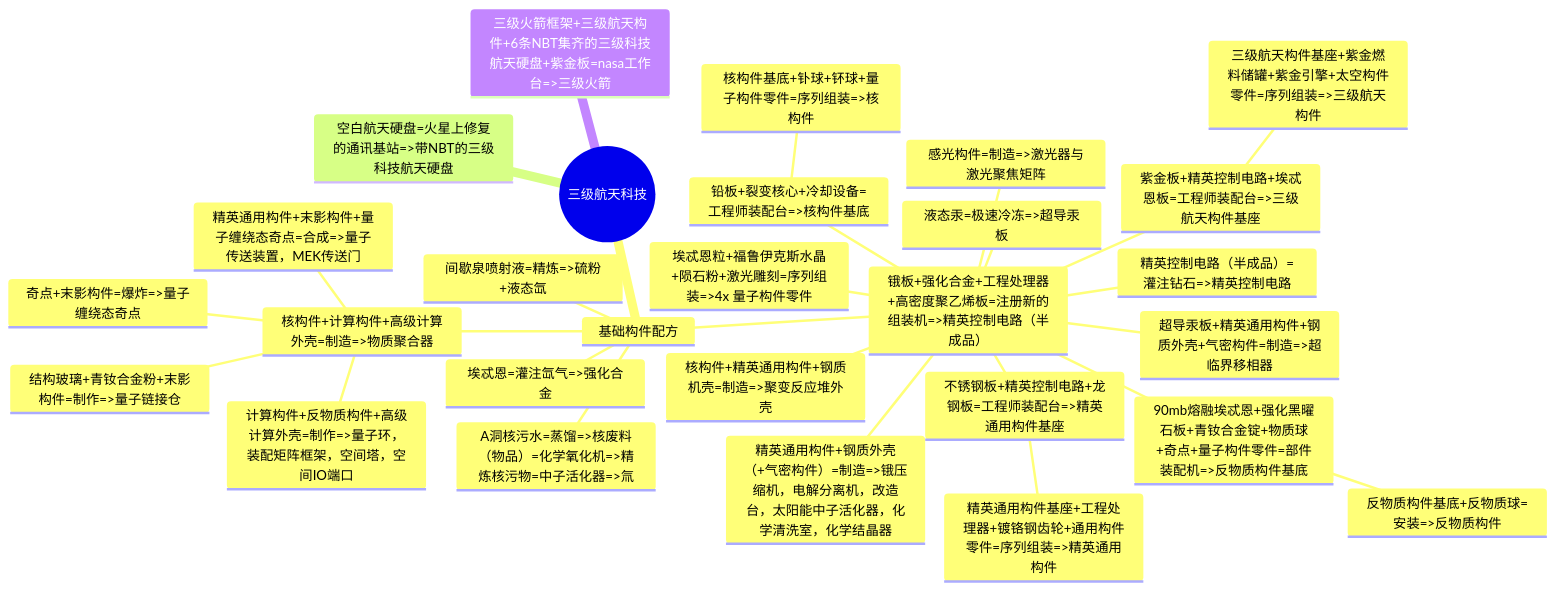
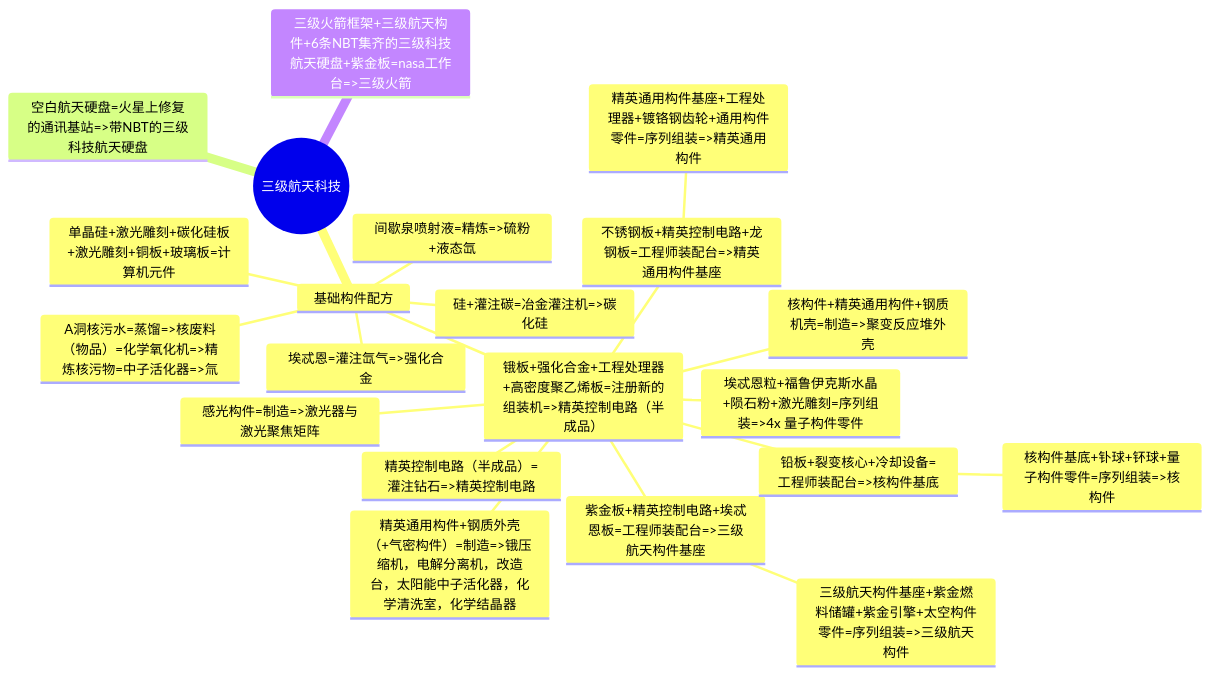
Before and after one commit to VechniMetel/CodeNameCIM2: the third of 4 diagrams in Developer/TechTreeMap.md, drawn with Mermaid.

Commit message:
还是不行，科技线还是要分散到四个阶段

````diff
--- a/Developer/TechTreeMap.md
+++ b/Developer/TechTreeMap.md
@@ -81,31 +81,24 @@
 ``` mermaid
 mindmap
     root((三级航天科技))
         基础构件配方
             间歇泉喷射液=精炼=>硫粉+液态氙
             埃忒恩=灌注氙气=>强化合金
+            硅+灌注碳=冶金灌注机=>碳化硅
+            单晶硅+激光雕刻+碳化硅板+激光雕刻+铜板+玻璃板=计算机元件
             锇板+强化合金+工程处理器+高密度聚乙烯板=注册新的组装机=>精英控制电路（半成品）
                 精英控制电路（半成品）=灌注钻石=>精英控制电路
                 紫金板+精英控制电路+埃忒恩板=工程师装配台=>三级航天构件基座
                     三级航天构件基座+紫金燃料储罐+紫金引擎+太空构件零件=序列组装=>三级航天构件
                 不锈钢板+精英控制电路+龙钢板=工程师装配台=>精英通用构件基座
                     精英通用构件基座+工程处理器+镀铬钢齿轮+通用构件零件=序列组装=>精英通用构件
                 埃忒恩粒+福鲁伊克斯水晶+陨石粉+激光雕刻=序列组装=>4x 量子构件零件
                 铅板+裂变核心+冷却设备=工程师装配台=>核构件基底
                     核构件基底+钋球+钚球+量子构件零件=序列组装=>核构件
-                90mb熔融埃忒恩+强化黑曜石板+青钕合金锭+物质球+奇点+量子构件零件=部件装配机=>反物质构件基底
-                    反物质构件基底+反物质球=安装=>反物质构件
                 核构件+精英通用构件+钢质机壳=制造=>聚变反应堆外壳
                 感光构件=制造=>激光器与激光聚焦矩阵
                 精英通用构件+钢质外壳（+气密构件）=制造=>锇压缩机，电解分离机，改造台，太阳能中子活化器，化学清洗室，化学结晶器
-                液态汞=极速冷冻=>超导汞板
-                超导汞板+精英通用构件+钢质外壳+气密构件=制造=>超临界移相器
             A洞核污水=蒸馏=>核废料（物品）=化学氧化机=>精炼核污物=中子活化器=>氚
-            核构件+计算构件+高级计算外壳=制造=>物质聚合器
-                奇点+末影构件=爆炸=>量子缠绕态奇点
-                精英通用构件+末影构件+量子缠绕态奇点=合成=>量子传送装置，MEK传送门
-                计算构件+反物质构件+高级计算外壳=制作=>量子环，装配矩阵框架，空间塔，空间IO端口
-                结构玻璃+青钕合金粉+末影构件=制作=>量子链接仓
         空白航天硬盘=火星上修复的通讯基站=>带NBT的三级科技航天硬盘
         三级火箭框架+三级航天构件+6条NBT集齐的三级科技航天硬盘+紫金板=nasa工作台=>三级火箭
 ```
````
